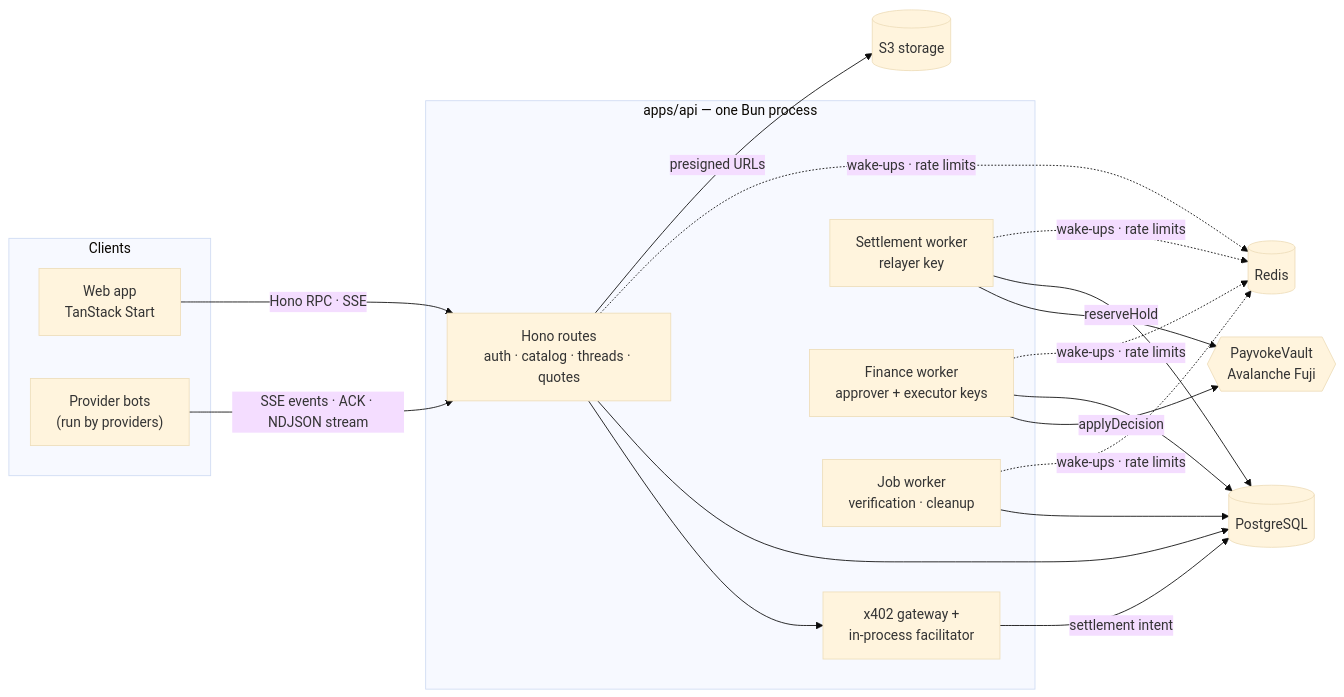
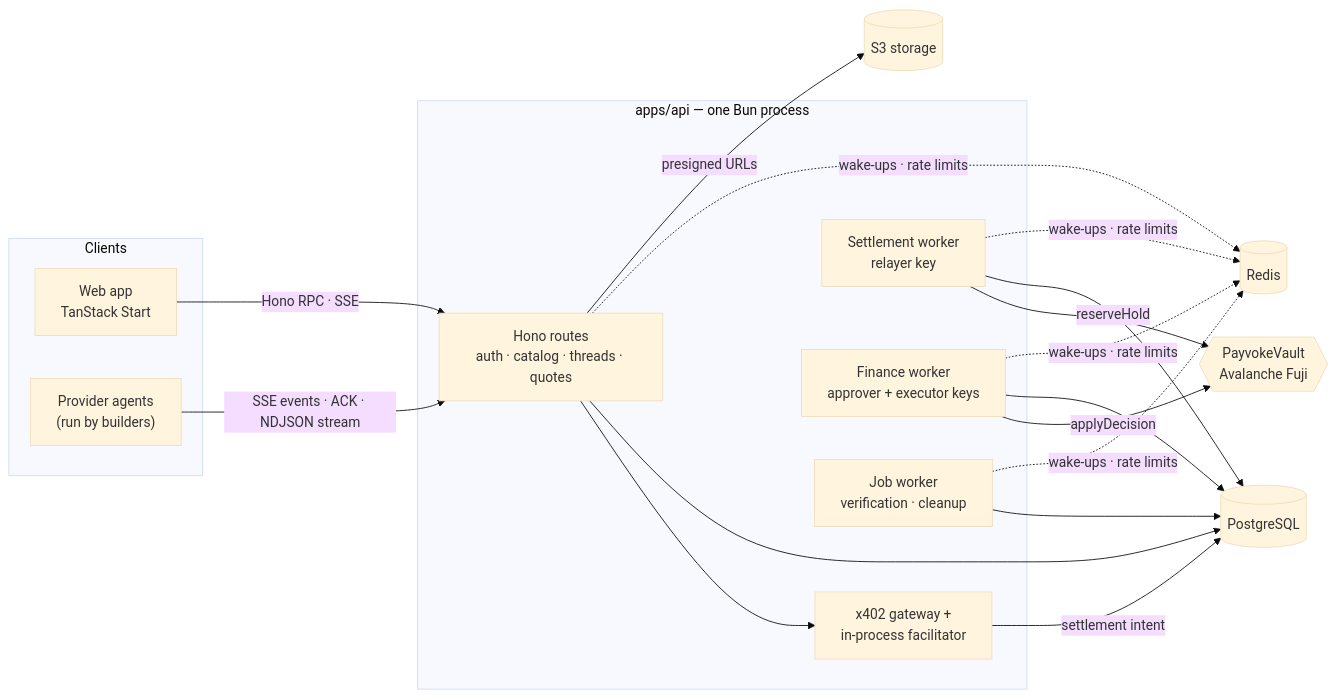
The second of 4 diagrams in README.md (2giosangmitom/payvoke), drawn with Mermaid (base theme) before and after one commit. The commit also changed other lines of this file and 32 other files, not shown here.

````diff
--- a/README.md
+++ b/README.md
@@ -50,30 +48,30 @@
 ```mermaid
 flowchart LR
     subgraph Clients
         Web["Web app<br/>TanStack Start"]
-        Bot["Provider bots<br/>(run by providers)"]
+        Agent["Provider agents<br/>(run by builders)"]
     end
 
     subgraph API["apps/api — one Bun process"]
         HTTP["Hono routes<br/>auth · catalog · threads · quotes"]
         GW["x402 gateway +<br/>in-process facilitator"]
         SW["Settlement worker<br/>relayer key"]
         FW["Finance worker<br/>approver + executor keys"]
         JW["Job worker<br/>verification · cleanup"]
     end
 
     PG[(PostgreSQL)]
     RD[(Redis)]
     S3[(S3 storage)]
     Chain{{"PayvokeVault<br/>Avalanche Fuji"}}
 
     Web -- "Hono RPC · SSE" --> HTTP
-    Bot -- "SSE events · ACK · NDJSON stream" --> HTTP
+    Agent -- "SSE events · ACK · NDJSON stream" --> HTTP
     HTTP --> GW
     GW -- "settlement intent" --> PG
     SW -- "reserveHold" --> Chain
     FW -- "applyDecision" --> Chain
     HTTP & SW & FW & JW --> PG
     HTTP & SW & FW & JW -. "wake-ups · rate limits" .-> RD
     HTTP -- "presigned URLs" --> S3
 ```
````
